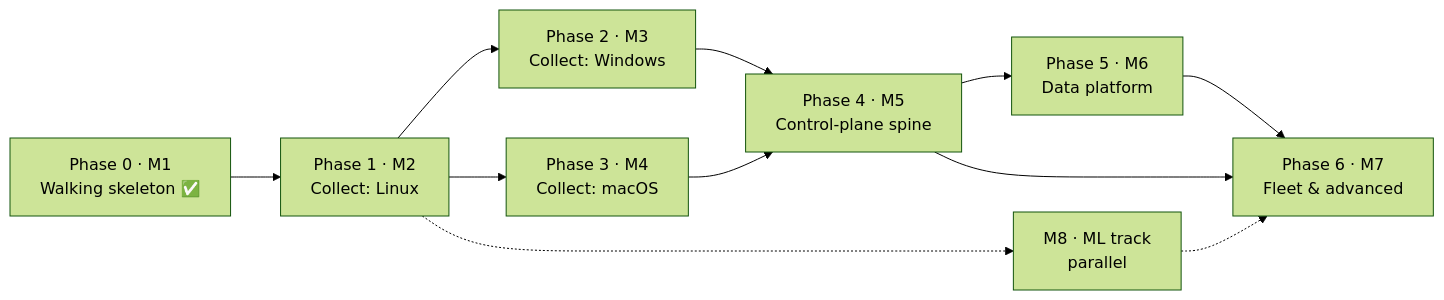
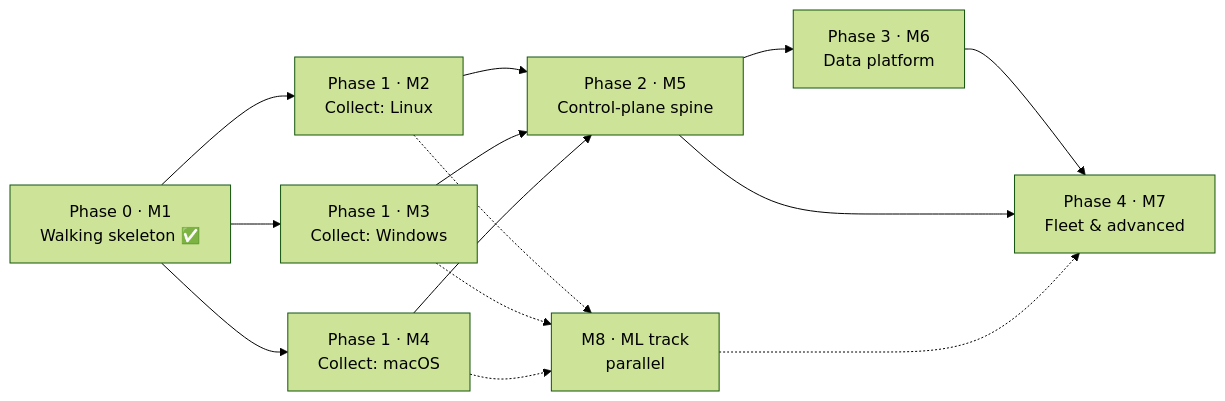
Before and after one commit to synthaea-lab/edr-new: the diagram in docs/roadmap.md, drawn with Mermaid (forest theme). The commit also changed other lines of this file, not shown here.

First line of the commit message:
Roadmap: collection runs on all three platforms in parallel

````diff
--- a/docs/roadmap.md
+++ b/docs/roadmap.md
@@ -61,13 +59,16 @@
 ```mermaid
 flowchart LR
-    P0["Phase 0 · M1\nWalking skeleton ✅"] --> P1["Phase 1 · M2\nCollect: Linux"]
-    P1 --> P2["Phase 2 · M3\nCollect: Windows"]
-    P1 --> P3["Phase 3 · M4\nCollect: macOS"]
-    P2 --> P4["Phase 4 · M5\nControl-plane spine"]
-    P3 --> P4
-    P4 --> P5["Phase 5 · M6\nData platform"]
-    P5 --> P6["Phase 6 · M7\nFleet & advanced"]
-    P4 --> P6
-    P1 -.-> ML["M8 · ML track\nparallel"]
-    ML -.-> P6
+    P0["Phase 0 · M1\nWalking skeleton ✅"] --> A["Phase 1 · M2\nCollect: Linux"]
+    P0 --> B["Phase 1 · M3\nCollect: Windows"]
+    P0 --> C["Phase 1 · M4\nCollect: macOS"]
+    A --> P2["Phase 2 · M5\nControl-plane spine"]
+    B --> P2
+    C --> P2
+    P2 --> P3["Phase 3 · M6\nData platform"]
+    P3 --> P4["Phase 4 · M7\nFleet & advanced"]
+    P2 --> P4
+    A -.-> ML["M8 · ML track\nparallel"]
+    B -.-> ML
+    C -.-> ML
+    ML -.-> P4
 ```
````
